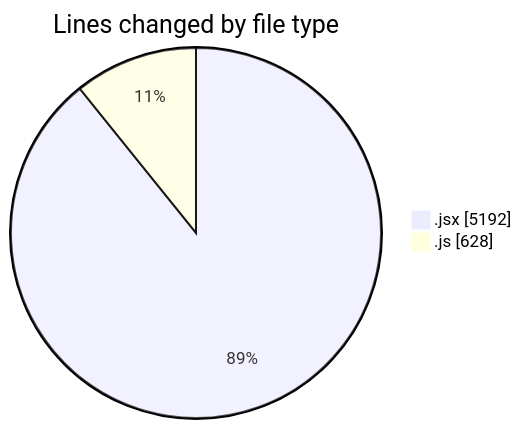
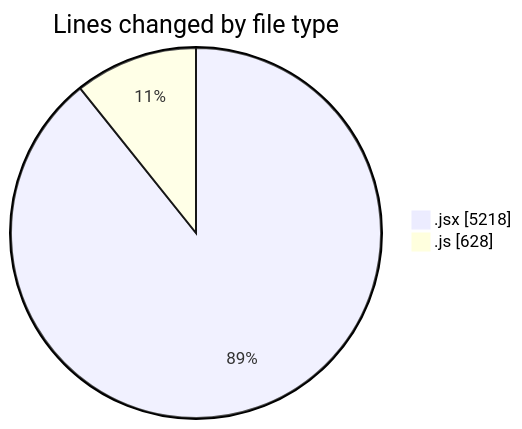
The first of 2 diagrams in 2025-09-25/nxtqube_webapp/README.md (nxtqubesakshisongat/code-tracking), drawn with Mermaid before and after one commit. The commit also changed other lines of this file and 1 other file, not shown here.

````diff
--- a/2025-09-25/nxtqube_webapp/README.md
+++ b/2025-09-25/nxtqube_webapp/README.md
@@ -22,6 +22,6 @@
 ```mermaid
 pie showData
 title Lines changed by file type
-".jsx" : 5192
+".jsx" : 5218
 ".js" : 628
 ```
````
